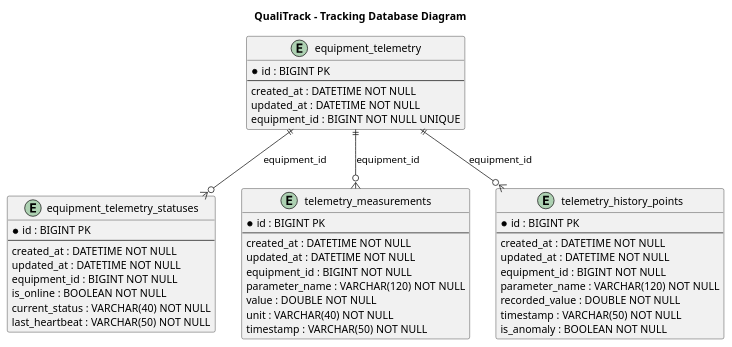
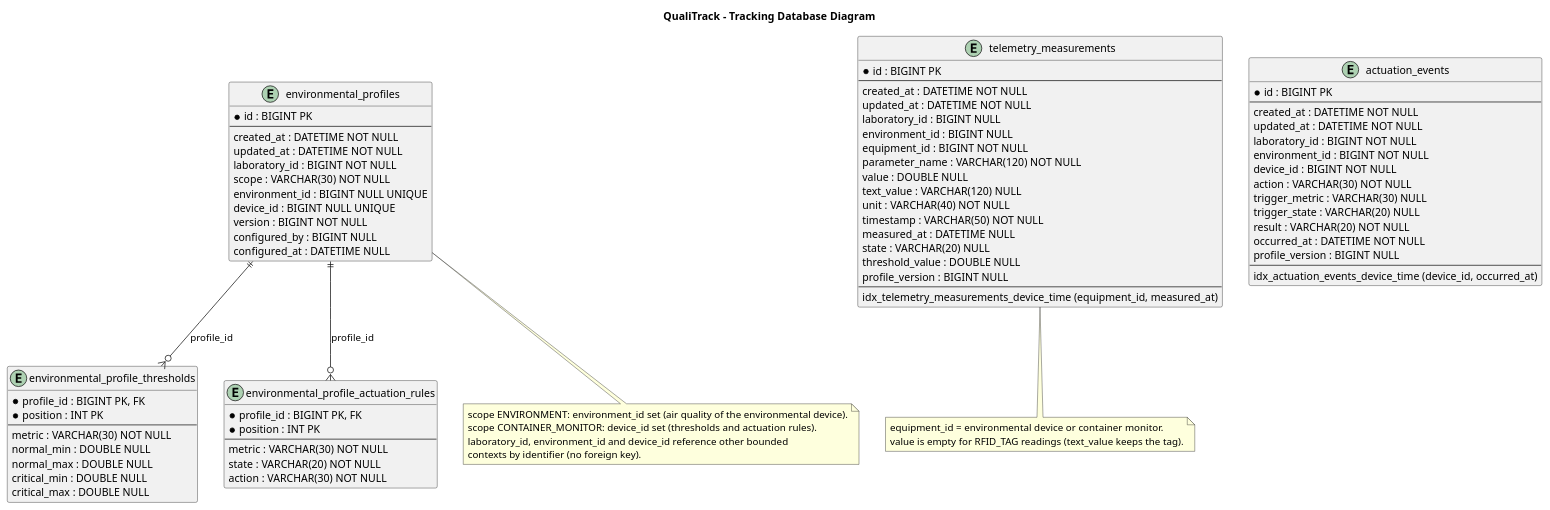
Before and after one commit to IoTech-2620-8741/qualitrack-platform: the diagram in docs/diagrams/tracking/tracking-database-diagram.puml, drawn with PlantUML. The commit also changed 6 other files, not shown here.

First line of the commit message:
docs(tracking): document environmental profiles in the backend and database diagrams

```diff
--- a/docs/diagrams/tracking/tracking-database-diagram.puml
+++ b/docs/diagrams/tracking/tracking-database-diagram.puml
@@ -1,55 +1,96 @@
 @startuml tracking-database-diagram
 
 title QualiTrack - Tracking Database Diagram
 
 hide methods
 hide stereotypes
 
-entity "equipment_telemetry" {
+entity "environmental_profiles" {
   * id : BIGINT PK
   --
   created_at : DATETIME NOT NULL
   updated_at : DATETIME NOT NULL
-  equipment_id : BIGINT NOT NULL UNIQUE
+  laboratory_id : BIGINT NOT NULL
+  scope : VARCHAR(30) NOT NULL
+  environment_id : BIGINT NULL UNIQUE
+  device_id : BIGINT NULL UNIQUE
+  version : BIGINT NOT NULL
+  configured_by : BIGINT NULL
+  configured_at : DATETIME NULL
 }
 
-entity "equipment_telemetry_statuses" {
-  * id : BIGINT PK
+entity "environmental_profile_thresholds" {
+  * profile_id : BIGINT PK, FK
+  * position : INT PK
   --
-  created_at : DATETIME NOT NULL
-  updated_at : DATETIME NOT NULL
-  equipment_id : BIGINT NOT NULL
-  is_online : BOOLEAN NOT NULL
-  current_status : VARCHAR(40) NOT NULL
-  last_heartbeat : VARCHAR(50) NOT NULL
+  metric : VARCHAR(30) NOT NULL
+  normal_min : DOUBLE NULL
+  normal_max : DOUBLE NULL
+  critical_min : DOUBLE NULL
+  critical_max : DOUBLE NULL
+}
+
+entity "environmental_profile_actuation_rules" {
+  * profile_id : BIGINT PK, FK
+  * position : INT PK
+  --
+  metric : VARCHAR(30) NOT NULL
+  state : VARCHAR(20) NOT NULL
+  action : VARCHAR(30) NOT NULL
 }
 
 entity "telemetry_measurements" {
   * id : BIGINT PK
   --
   created_at : DATETIME NOT NULL
   updated_at : DATETIME NOT NULL
+  laboratory_id : BIGINT NULL
+  environment_id : BIGINT NULL
   equipment_id : BIGINT NOT NULL
   parameter_name : VARCHAR(120) NOT NULL
-  value : DOUBLE NOT NULL
+  value : DOUBLE NULL
+  text_value : VARCHAR(120) NULL
   unit : VARCHAR(40) NOT NULL
   timestamp : VARCHAR(50) NOT NULL
+  measured_at : DATETIME NULL
+  state : VARCHAR(20) NULL
+  threshold_value : DOUBLE NULL
+  profile_version : BIGINT NULL
+  --
+  idx_telemetry_measurements_device_time (equipment_id, measured_at)
 }
 
-entity "telemetry_history_points" {
+entity "actuation_events" {
   * id : BIGINT PK
   --
   created_at : DATETIME NOT NULL
   updated_at : DATETIME NOT NULL
-  equipment_id : BIGINT NOT NULL
-  parameter_name : VARCHAR(120) NOT NULL
-  recorded_value : DOUBLE NOT NULL
-  timestamp : VARCHAR(50) NOT NULL
-  is_anomaly : BOOLEAN NOT NULL
+  laboratory_id : BIGINT NOT NULL
+  environment_id : BIGINT NOT NULL
+  device_id : BIGINT NOT NULL
+  action : VARCHAR(30) NOT NULL
+  trigger_metric : VARCHAR(30) NULL
+  trigger_state : VARCHAR(20) NULL
+  result : VARCHAR(20) NOT NULL
+  occurred_at : DATETIME NOT NULL
+  profile_version : BIGINT NULL
+  --
+  idx_actuation_events_device_time (device_id, occurred_at)
 }
 
-equipment_telemetry ||--o{ equipment_telemetry_statuses : equipment_id
-equipment_telemetry ||--o{ telemetry_measurements : equipment_id
-equipment_telemetry ||--o{ telemetry_history_points : equipment_id
+environmental_profiles ||--o{ environmental_profile_thresholds : profile_id
+environmental_profiles ||--o{ environmental_profile_actuation_rules : profile_id
+
+note bottom of environmental_profiles
+  scope ENVIRONMENT: environment_id set (air quality of the environmental device).
+  scope CONTAINER_MONITOR: device_id set (thresholds and actuation rules).
+  laboratory_id, environment_id and device_id reference other bounded
+  contexts by identifier (no foreign key).
+end note
+
+note bottom of telemetry_measurements
+  equipment_id = environmental device or container monitor.
+  value is empty for RFID_TAG readings (text_value keeps the tag).
+end note
 
 @enduml
```
